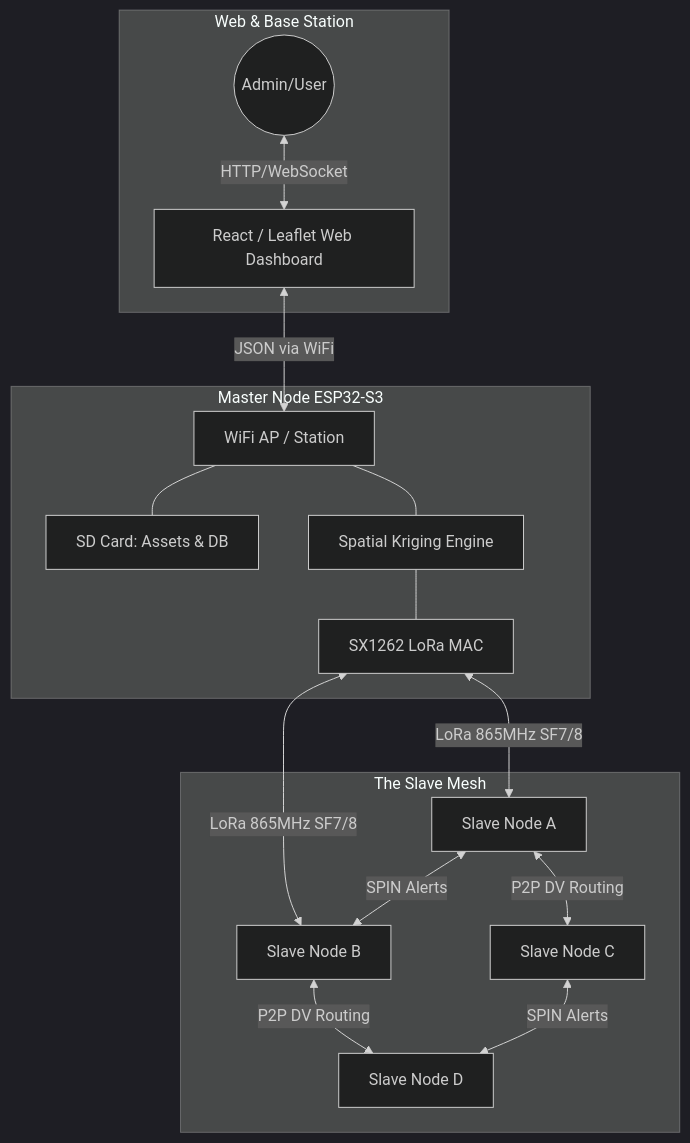
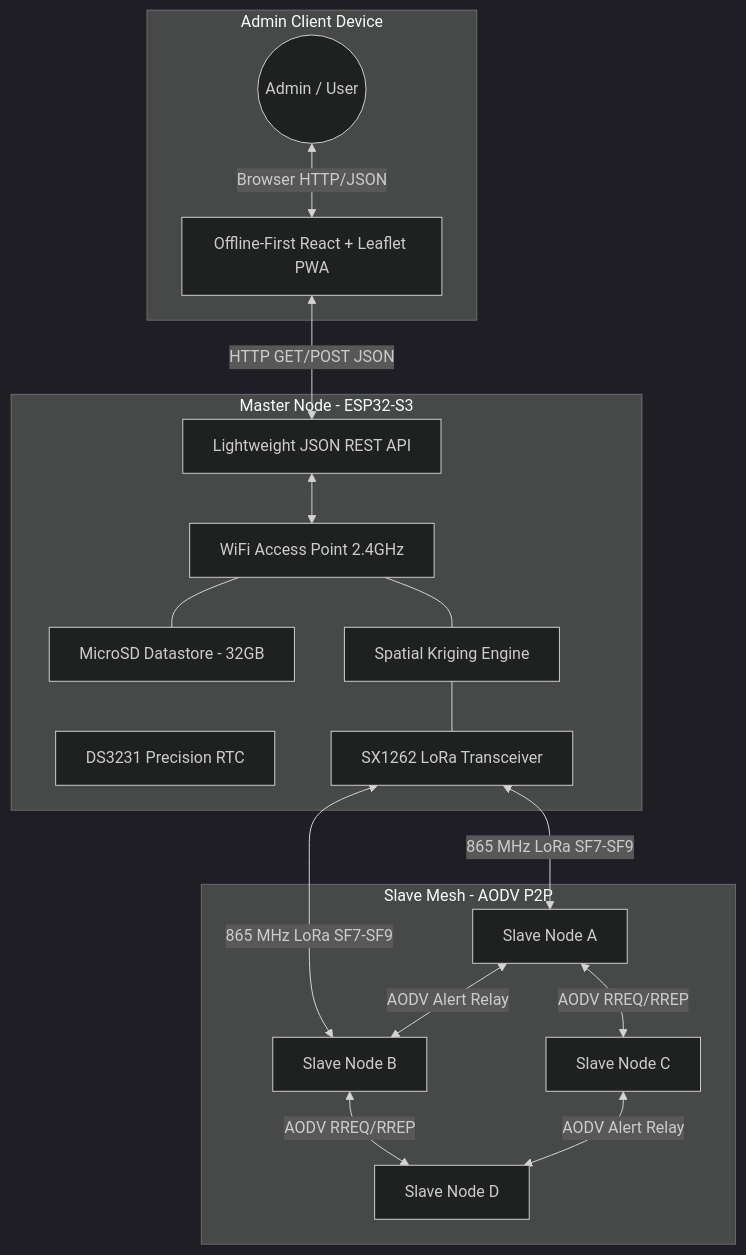
One commit to ciucoiucyfk/Design-Practicum-Project- changed the first of 3 diagrams in overview.md. Above: the diagram before and after it, drawn with Mermaid (dark theme). The commit also changed other lines of this file and 4 other files, not shown here.

````diff
--- a/overview.md
+++ b/overview.md
@@ -20,35 +54,38 @@
 ```mermaid
 graph TD
-    subgraph web [Web & Base Station]
-        Admin((Admin/User))
-        WebUI[React / Leaflet Web Dashboard]
+    subgraph client [Admin Client Device]
+        Admin((Admin / User))
+        PWA[Offline-First React + Leaflet PWA]
     end
 
-    subgraph master [Master Node ESP32-S3]
-        WiFi[WiFi AP / Station]
-        SD[SD Card: Assets & DB]
-        LoRaM[SX1262 LoRa MAC]
-        Spatial[Spatial Kriging Engine]
+    subgraph master [Master Node - ESP32-S3]
+        WiFi_AP[WiFi Access Point 2.4GHz]
+        SD[MicroSD Datastore - 32GB]
+        RTC_M[DS3231 Precision RTC]
+        LoRaM[SX1262 LoRa Transceiver]
+        Kriging[Spatial Kriging Engine]
+        API[Lightweight JSON REST API]
     end
 
-    subgraph slaves [The Slave Mesh]
+    subgraph slaves [Slave Mesh - AODV P2P]
         S1[Slave Node A]
         S2[Slave Node B]
         S3[Slave Node C]
         S4[Slave Node D]
     end
 
-    Admin <-->|HTTP/WebSocket| WebUI
-    WebUI <-->|JSON via WiFi| WiFi
-    WiFi --- SD
-    WiFi --- Spatial
-    Spatial --- LoRaM
-    
-    LoRaM <-->|LoRa 865MHz SF7/8| S1
-    LoRaM <-->|LoRa 865MHz SF7/8| S2
-    
-    S1 <-->|P2P DV Routing| S3
-    S1 <-->|SPIN Alerts| S2
-    S2 <-->|P2P DV Routing| S4
-    S3 <-->|SPIN Alerts| S4
+    Admin <-->|Browser HTTP/JSON| PWA
+    PWA <-->|HTTP GET/POST JSON| API
+    API <--> WiFi_AP
+    WiFi_AP --- SD
+    WiFi_AP --- Kriging
+    Kriging --- LoRaM
+
+    LoRaM <-->|865 MHz LoRa SF7-SF9| S1
+    LoRaM <-->|865 MHz LoRa SF7-SF9| S2
+
+    S1 <-->|AODV RREQ/RREP| S3
+    S1 <-->|AODV Alert Relay| S2
+    S2 <-->|AODV RREQ/RREP| S4
+    S3 <-->|AODV Alert Relay| S4
 ```
````
